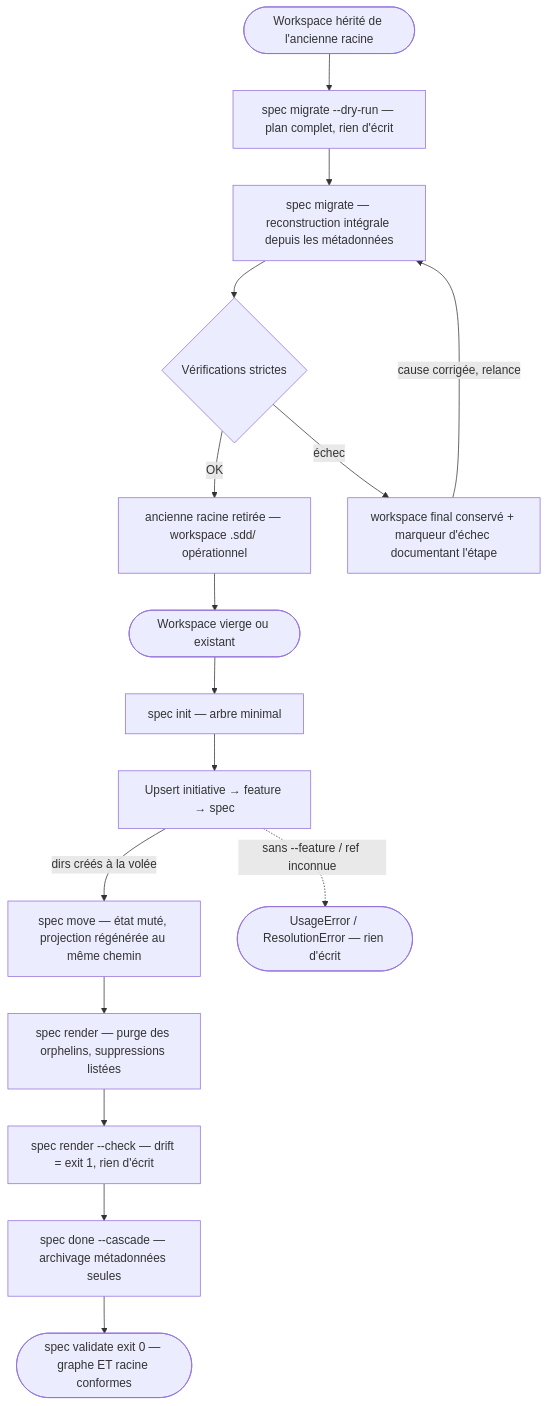
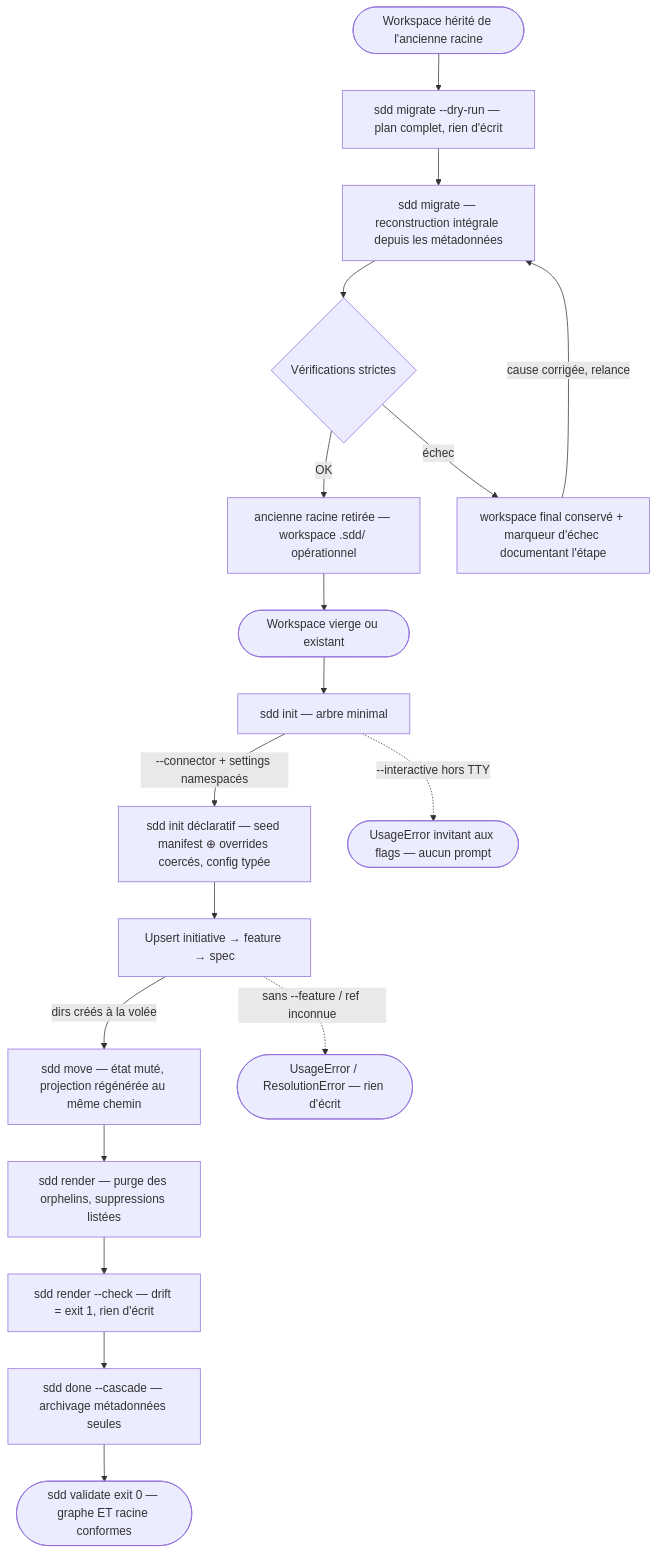
The diagram in .sdd/knowledge/domains/spec-model/behavior.md (ngdo-pro/sdd), drawn with Mermaid before and after one commit. The commit also changed other lines of this file and 103 other files, not shown here.

First line of the commit message:
feat!: CLI sdd, package agnostique, init déclaratif multi-connecteurs (spec 004)

````diff
--- a/.sdd/knowledge/domains/spec-model/behavior.md
+++ b/.sdd/knowledge/domains/spec-model/behavior.md
@@ -25,18 +26,20 @@
 ```mermaid
 flowchart TD
-    Legacy([Workspace hérité de l'ancienne racine]) --> Plan[spec migrate --dry-run — plan complet, rien d'écrit]
-    Plan --> Migrate[spec migrate — reconstruction intégrale depuis les métadonnées]
+    Legacy([Workspace hérité de l'ancienne racine]) --> Plan[sdd migrate --dry-run — plan complet, rien d'écrit]
+    Plan --> Migrate[sdd migrate — reconstruction intégrale depuis les métadonnées]
     Migrate --> Gate{Vérifications strictes}
     Gate -->|OK| Retire[ancienne racine retirée — workspace .sdd/ opérationnel]
     Gate -->|échec| Marker[workspace final conservé + marqueur d'échec documentant l'étape]
     Marker -->|cause corrigée, relance| Migrate
     Retire --> Start
-    Start([Workspace vierge ou existant]) --> Init[spec init — arbre minimal]
-    Init --> Frame[Upsert initiative → feature → spec]
-    Frame -->|dirs créés à la volée| Move[spec move — état muté, projection régénérée au même chemin]
+    Start([Workspace vierge ou existant]) --> Init[sdd init — arbre minimal]
+    Init -->|--connector + settings namespacés| Decl[sdd init déclaratif — seed manifest ⊕ overrides coercés, config typée]
+    Init -.->|--interactive hors TTY| ErrTTY([UsageError invitant aux flags — aucun prompt])
+    Decl --> Frame[Upsert initiative → feature → spec]
+    Frame -->|dirs créés à la volée| Move[sdd move — état muté, projection régénérée au même chemin]
     Frame -.->|sans --feature / ref inconnue| Err([UsageError / ResolutionError — rien d'écrit])
-    Move --> Render[spec render — purge des orphelins, suppressions listées]
-    Render --> Check[spec render --check — drift = exit 1, rien d'écrit]
-    Check --> Done[spec done --cascade — archivage métadonnées seules]
-    Done --> Valid([spec validate exit 0 — graphe ET racine conformes])
+    Move --> Render[sdd render — purge des orphelins, suppressions listées]
+    Render --> Check[sdd render --check — drift = exit 1, rien d'écrit]
+    Check --> Done[sdd done --cascade — archivage métadonnées seules]
+    Done --> Valid([sdd validate exit 0 — graphe ET racine conformes])
 ```
````
